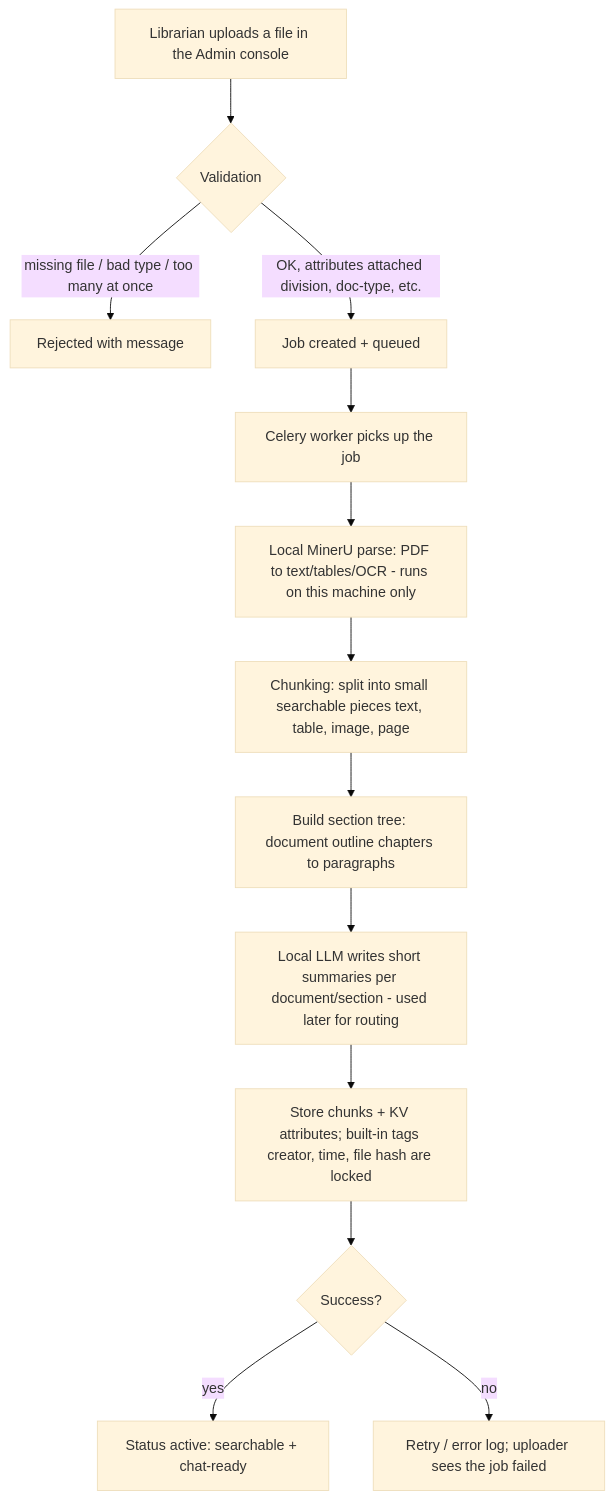
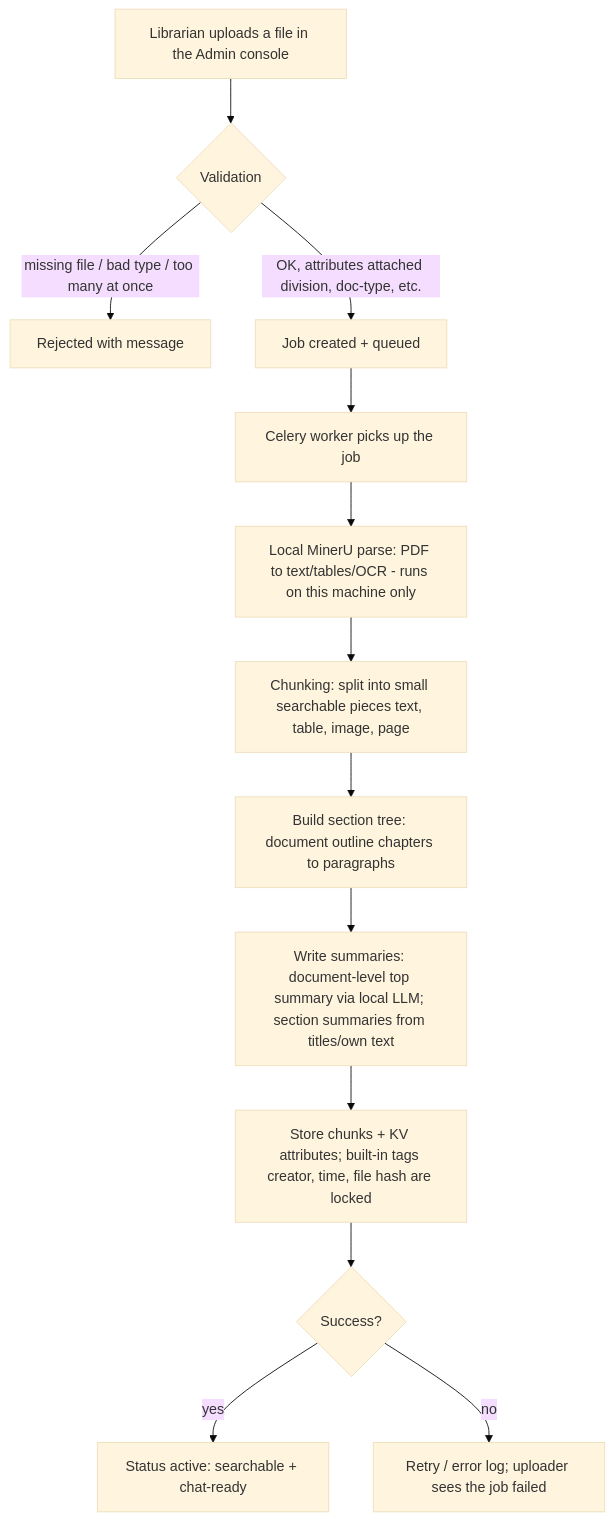
Before and after one commit to gdccyuen/ziru: the first of 3 diagrams in docs/SYSTEM-FLOWCHARTS.md, drawn with Mermaid (base theme). The commit also changed other lines of this file, not shown here.

Commit message:
docs: summaries criteria + usage deep-dive; correct intake node wording

````diff
--- a/docs/SYSTEM-FLOWCHARTS.md
+++ b/docs/SYSTEM-FLOWCHARTS.md
@@ -9,15 +9,15 @@
 ```mermaid
 flowchart TD
     A[Librarian uploads a file in the Admin console] --> B{Validation}
     B -- missing file / bad type / too many at once --> B1[Rejected with message]
     B -- OK, attributes attached division, doc-type, etc. --> C[Job created + queued]
     C --> D[Celery worker picks up the job]
     D --> E[Local MinerU parse: PDF to text/tables/OCR - runs on this machine only]
     E --> F[Chunking: split into small searchable pieces text, table, image, page]
     F --> G[Build section tree: document outline chapters to paragraphs]
-    G --> H[Local LLM writes short summaries per document/section - used later for routing]
+    G --> H[Write summaries: document-level top summary via local LLM; section summaries from titles/own text]
     H --> I[Store chunks + KV attributes; built-in tags creator, time, file hash are locked]
     I --> J{Success?}
     J -- yes --> K[Status active: searchable + chat-ready]
     J -- no --> L[Retry / error log; uploader sees the job failed]
 ```
````
